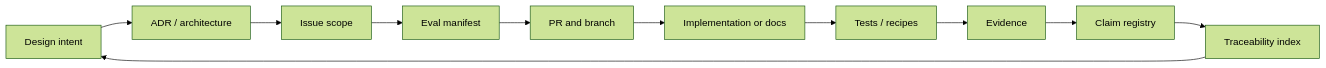
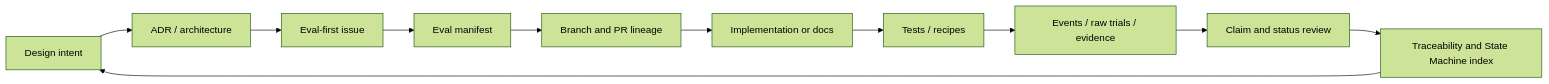
The first of 2 diagrams in docs/README.md (ed3c/XT-Aegis), drawn with Mermaid (forest theme) before and after one commit. The commit also changed other lines of this file and 14 other files, not shown here.

Commit message:
docs: rebase State Machine index onto current main

````diff
--- a/docs/README.md
+++ b/docs/README.md
@@ -39,13 +46,13 @@
 ```mermaid
 flowchart LR
     I[Design intent] --> A[ADR / architecture]
-    A --> S[Issue scope]
+    A --> S[Eval-first issue]
     S --> V[Eval manifest]
-    V --> P[PR and branch]
+    V --> P[Branch and PR lineage]
     P --> C[Implementation or docs]
     C --> T[Tests / recipes]
-    T --> E[Evidence]
-    E --> R[Claim registry]
-    R --> X[Traceability index]
+    T --> E[Events / raw trials / evidence]
+    E --> R[Claim and status review]
+    R --> X[Traceability and State Machine index]
     X --> I
 ```
````
